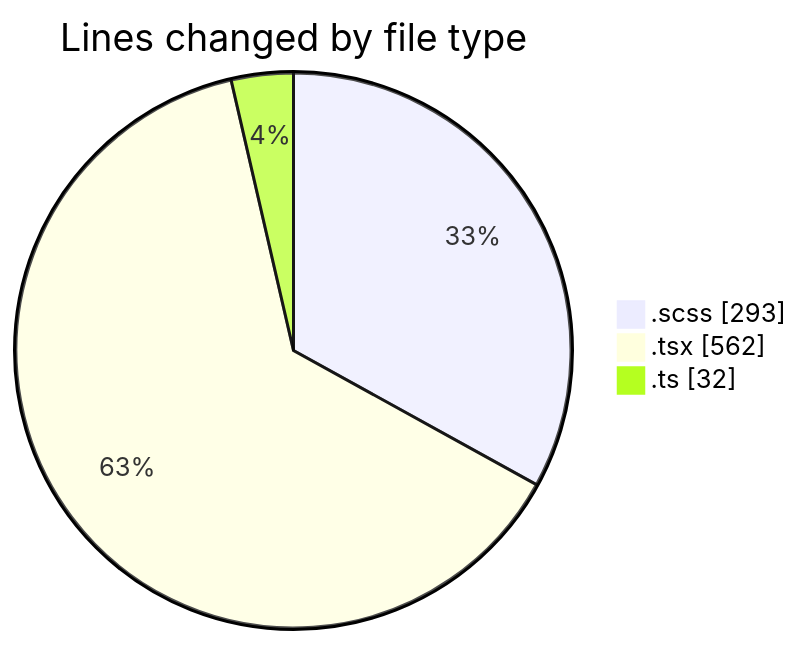
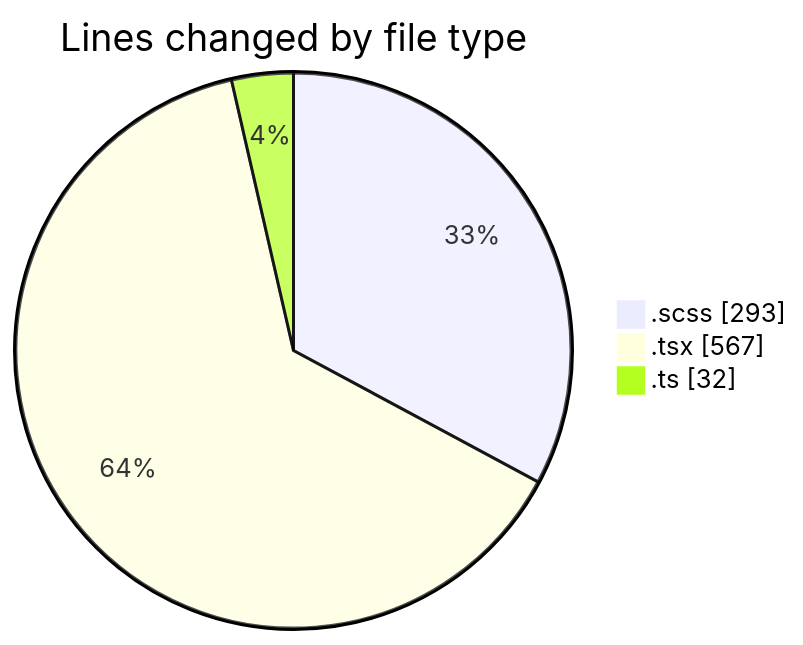
Before and after one commit to momahboobian/code-tracking: the first of 2 diagrams in 2025-03-04/cda/README.md, drawn with Mermaid. The commit also changed other lines of this file and 1 other file, not shown here.

````diff
--- a/2025-03-04/cda/README.md
+++ b/2025-03-04/cda/README.md
@@ -25,7 +25,7 @@
 ```mermaid
 pie showData
 title Lines changed by file type
 ".scss" : 293
-".tsx" : 562
+".tsx" : 567
 ".ts" : 32
 ```
````
